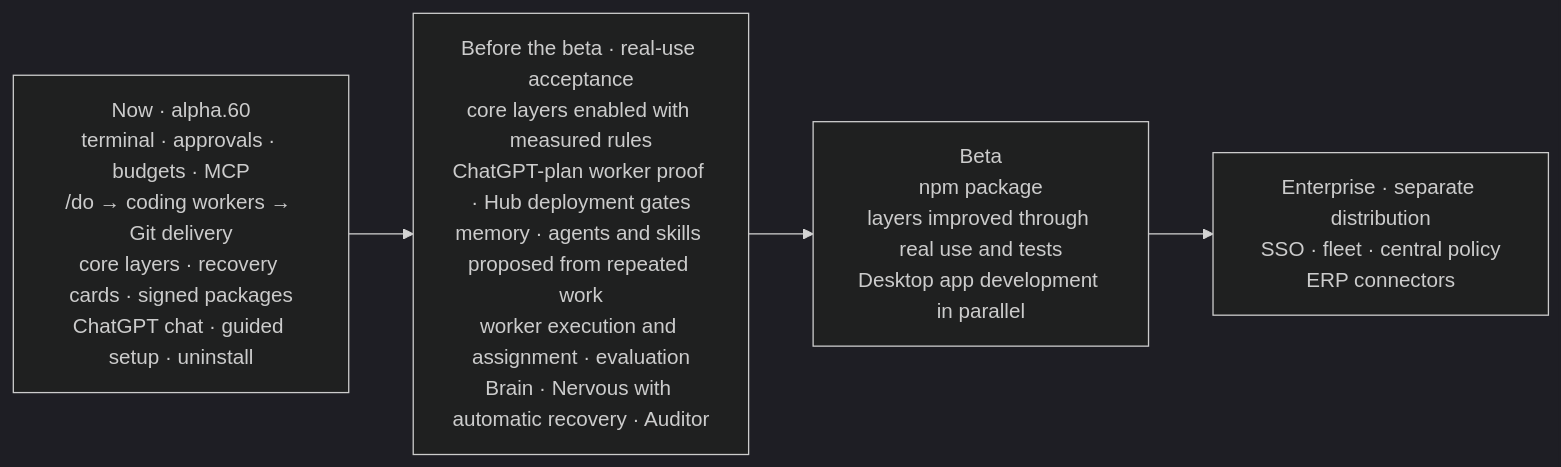
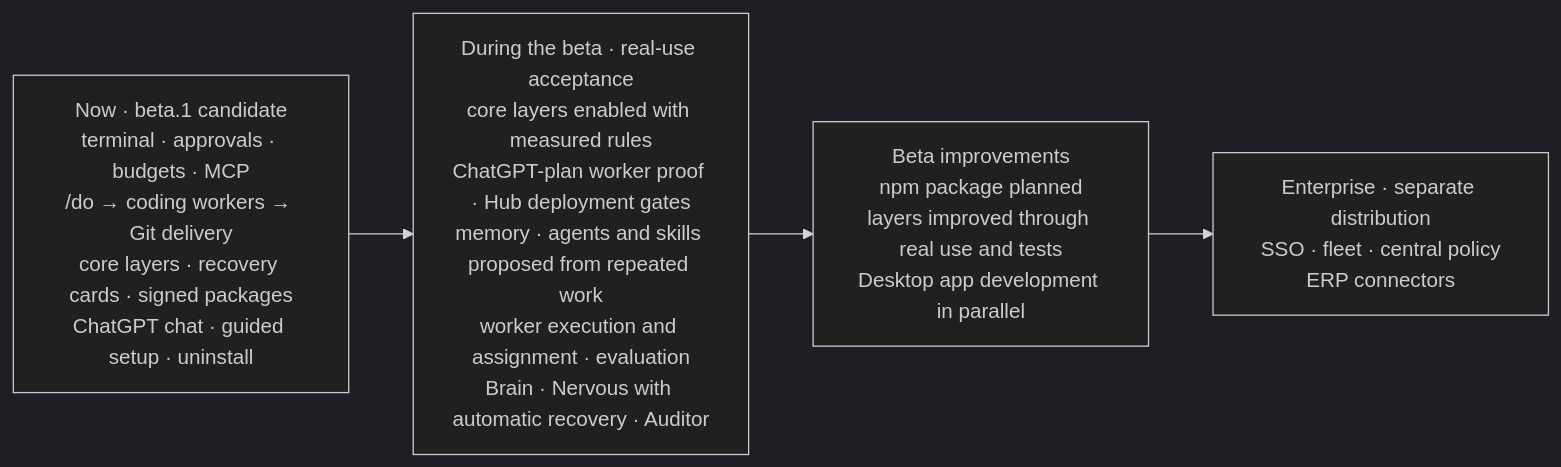
The sixth of 6 diagrams in README.md (Verhex/deckent-next), drawn with Mermaid (dark theme) before and after one commit. The commit also changed other lines of this file and 19 other files, not shown here.

First line of the commit message:
chore(release): 1.0.0-beta.1 candidate — version, beta changelog with the alpha history in CHANGELOG-alpha.md, release docs (B1-RELVERSION, B1-CHANGELOG-SPLIT)

````diff
--- a/README.md
+++ b/README.md
@@ -587,6 +588,6 @@
 ```mermaid
 flowchart LR
-  N["Now · alpha.60<br/>terminal · approvals · budgets · MCP<br/>/do → coding workers → Git delivery<br/>core layers · recovery cards · signed packages<br/>ChatGPT chat · guided setup · uninstall"] --> C["Before the beta · real-use acceptance<br/>core layers enabled with measured rules<br/>ChatGPT-plan worker proof · Hub deployment gates<br/>memory · agents and skills proposed from repeated work<br/>worker execution and assignment · evaluation<br/>Brain · Nervous with automatic recovery · Auditor"]
-  C --> B["Beta<br/>npm package<br/>layers improved through real use and tests<br/>Desktop app development in parallel"]
+  N["Now · beta.1 candidate<br/>terminal · approvals · budgets · MCP<br/>/do → coding workers → Git delivery<br/>core layers · recovery cards · signed packages<br/>ChatGPT chat · guided setup · uninstall"] --> C["During the beta · real-use acceptance<br/>core layers enabled with measured rules<br/>ChatGPT-plan worker proof · Hub deployment gates<br/>memory · agents and skills proposed from repeated work<br/>worker execution and assignment · evaluation<br/>Brain · Nervous with automatic recovery · Auditor"]
+  C --> B["Beta improvements<br/>npm package planned<br/>layers improved through real use and tests<br/>Desktop app development in parallel"]
   B --> E["Enterprise · separate distribution<br/>SSO · fleet · central policy<br/>ERP connectors"]
 ```
````
